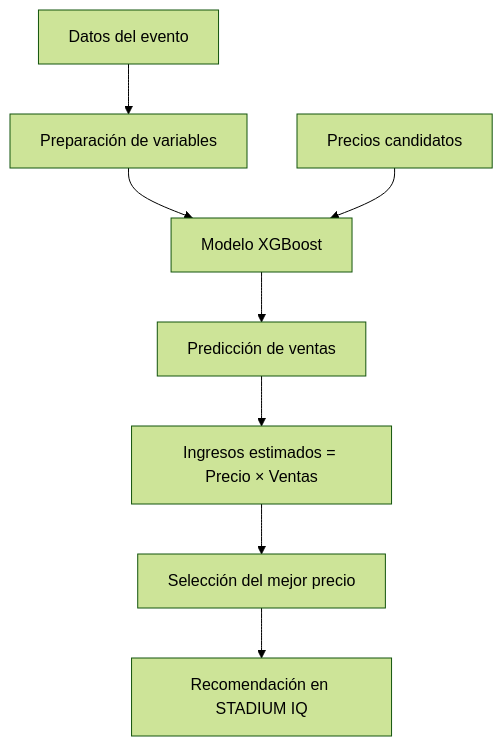
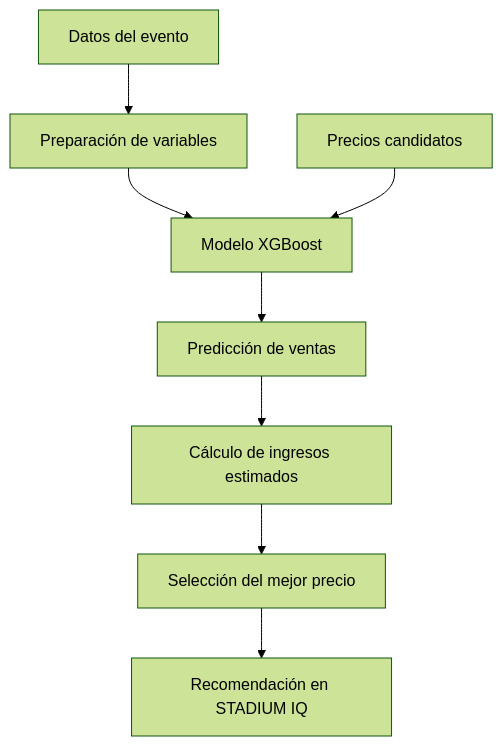
One commit to Llarkruks/PAE_DynamicPricing changed the first of 2 diagrams in README.md. Above: the diagram before and after it, drawn with Mermaid (forest theme). The commit also changed other lines of this file, not shown here.

````diff
--- a/README.md
+++ b/README.md
@@ -118,10 +116,10 @@
 ```mermaid
 flowchart TD
     A["Datos del evento"] --> B["Preparación de variables"]
     B --> C["Modelo XGBoost"]
     D["Precios candidatos"] --> C
     C --> E["Predicción de ventas"]
-    E --> F["Ingresos estimados = Precio × Ventas"]
+    E --> F["Cálculo de ingresos estimados"]
     F --> G["Selección del mejor precio"]
     G --> H["Recomendación en STADIUM IQ"]
 ```
````
